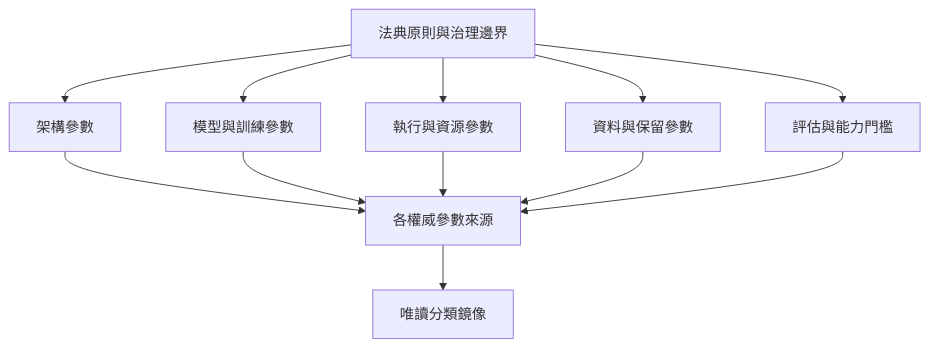
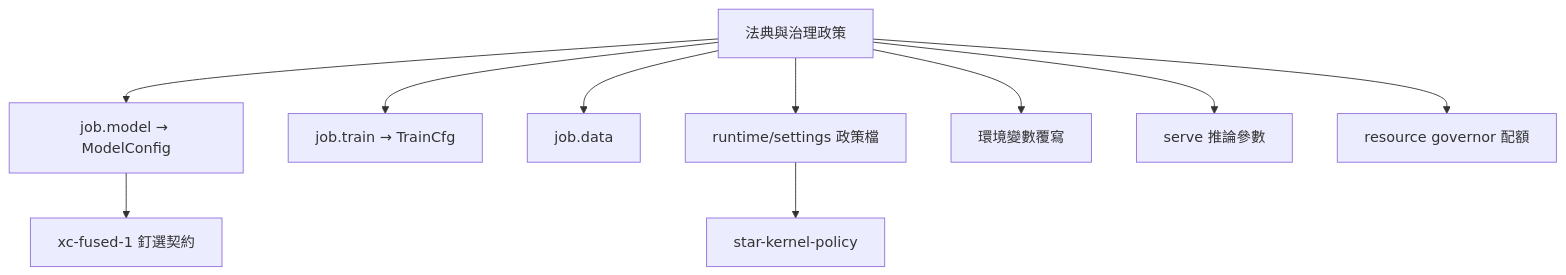
The diagram in governance_rule/codex/architecture-xingcheng-parameters.md (guilty442-source/GPTBridge), drawn with Mermaid before and after one commit. The commit also changed other lines of this file and 12 other files, not shown here.

````diff
--- a/governance_rule/codex/architecture-xingcheng-parameters.md
+++ b/governance_rule/codex/architecture-xingcheng-parameters.md
@@ -5,14 +7,12 @@
 ```mermaid
 flowchart TD
-    POLICY[法典原則與治理邊界] --> ARCH[架構參數]
-    POLICY --> MODEL[模型與訓練參數]
-    POLICY --> RUNTIME[執行與資源參數]
-    POLICY --> DATA[資料與保留參數]
-    POLICY --> EVAL[評估與能力門檻]
-    ARCH --> SOURCE[各權威參數來源]
-    MODEL --> SOURCE
-    RUNTIME --> SOURCE
-    DATA --> SOURCE
-    EVAL --> SOURCE
-    SOURCE --> MIRROR[唯讀分類鏡像]
+    POLICY[法典與治理政策] --> MODELCFG[job.model → ModelConfig]
+    POLICY --> TRAINCFG[job.train → TrainCfg]
+    POLICY --> DATACFG[job.data]
+    POLICY --> SETTINGS[runtime/settings 政策檔]
+    POLICY --> ENV[環境變數覆寫]
+    POLICY --> SERVECFG[serve 推論參數]
+    POLICY --> GOV[resource governor 配額]
+    MODELCFG --> CANON[xc-fused-1 釘選契約]
+    SETTINGS --> KPOL[star-kernel-policy]
 ```
````
